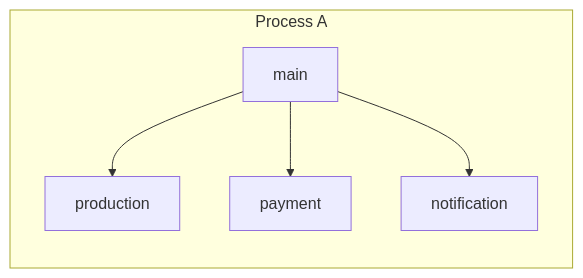
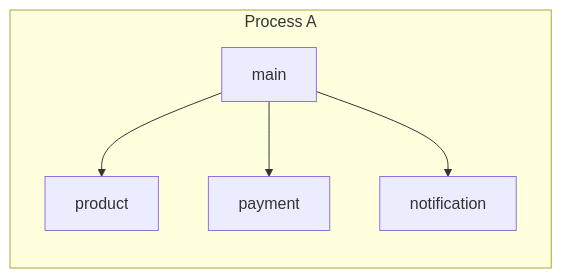
Before and after one commit to hyorimitsu/hello-serviceweaver: the first of 3 diagrams in README.md, drawn with Mermaid. The commit also changed other lines of this file, not shown here.

````diff
--- a/README.md
+++ b/README.md
@@ -15,8 +15,8 @@
 ```mermaid
 graph LR
     subgraph Process A
-        main-->production
+        main-->product
         main-->payment
         main-->notification
     end
 ```
````
